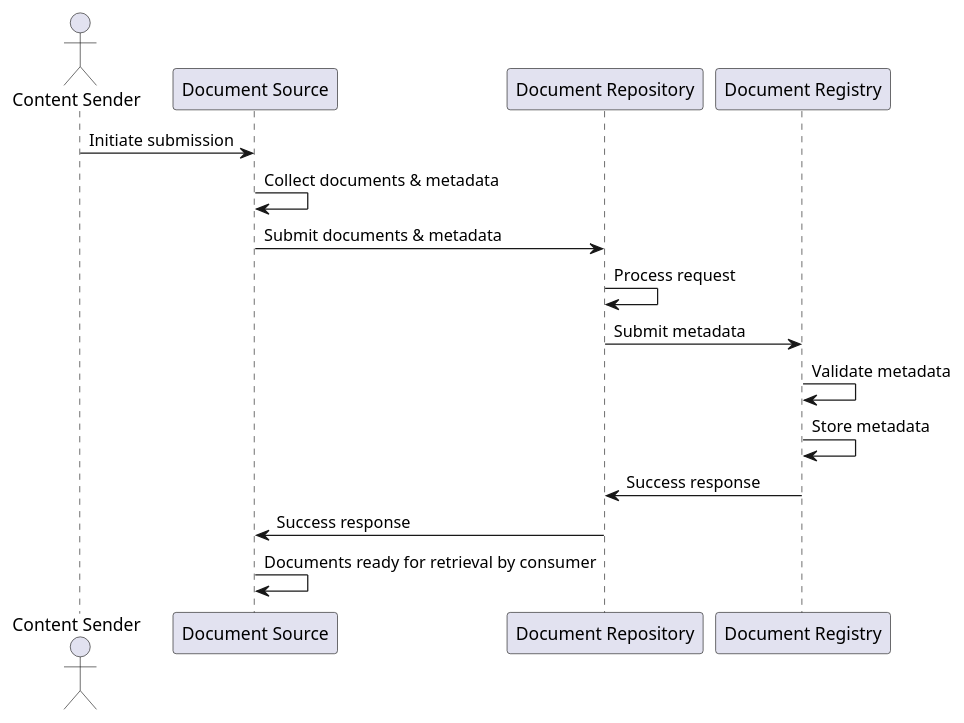
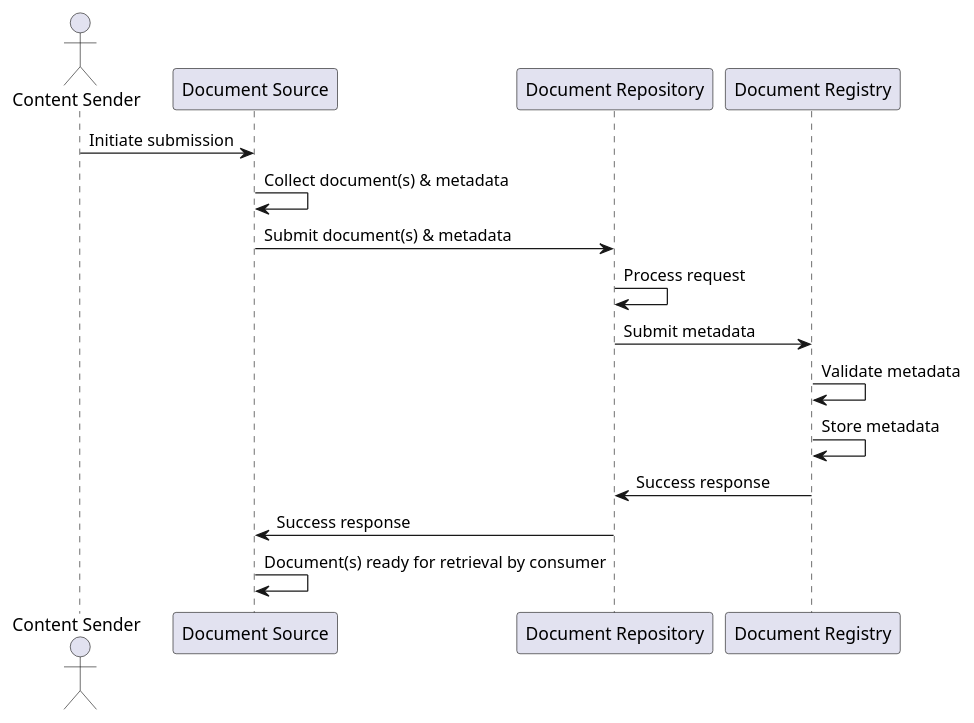
The diagram in puml/sequence-s1.puml (medcomdk/dk-medcom-document), drawn with PlantUML before and after one commit. The commit also changed 2 other files, not shown here.

Commit message:
changed sequence diagrams

```diff
--- a/puml/sequence-s1.puml
+++ b/puml/sequence-s1.puml
@@ -1,17 +1,17 @@
 @startuml
 actor "Content Sender" as CS
 participant "Document Source" as DS
 participant "Document Repository" as DR
 participant "Document Registry" as DReg
 
 CS -> DS: Initiate submission
-DS -> DS: Collect documents & metadata
-DS -> DR: Submit documents & metadata
+DS -> DS: Collect document(s) & metadata
+DS -> DR: Submit document(s) & metadata
 DR -> DR: Process request
 DR -> DReg: Submit metadata
 DReg -> DReg: Validate metadata
 DReg -> DReg: Store metadata
 DReg -> DR: Success response
 DR -> DS: Success response
-DS -> DS: Documents ready for retrieval by consumer
+DS -> DS: Document(s) ready for retrieval by consumer
 @enduml
```
